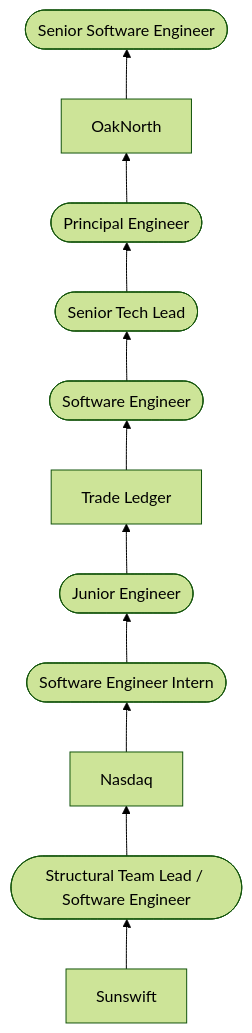
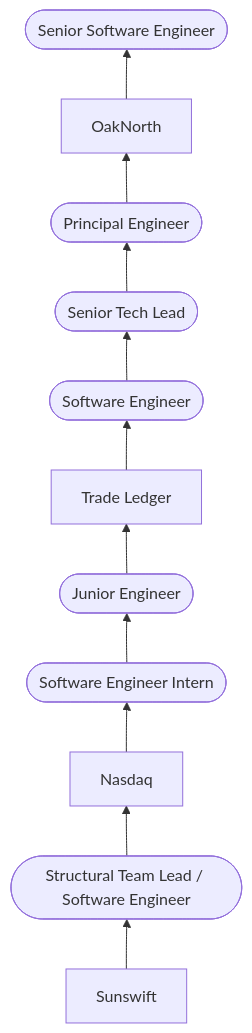
Before and after one commit to adamjoffe/adamjoffe.github.io: the diagram in _tabs/about.md, drawn with Mermaid. The commit also changed 2 other files, not shown here.

Commit message:
Added snippets

```diff
--- a/_tabs/about.md
+++ b/_tabs/about.md
@@ -20,29 +20,28 @@
 {% mermaid %}
-%%{init: {'theme':'forest'}}%%
 flowchart BT;
     Sunswift[Sunswift]
     SunswiftR1([Structural Team Lead / Software Engineer])
 
     Nasdaq[Nasdaq]
     NasdaqR1([Software Engineer Intern])
     NasdaqR2([Junior Engineer])
 
     TradeLedger[Trade Ledger]
     TradeLedgerR1([Software Engineer])
     TradeLedgerR2([Senior Tech Lead])
     TradeLedgerR3([Principal Engineer])
 
     OakNorth[OakNorth]
     OakNorthR1([Senior Software Engineer])
 
     Sunswift-->SunswiftR1
     SunswiftR1-->Nasdaq
     Nasdaq-->NasdaqR1
     NasdaqR1-->NasdaqR2
     NasdaqR2-->TradeLedger
     TradeLedger-->TradeLedgerR1
     TradeLedgerR1-->TradeLedgerR2
     TradeLedgerR2-->TradeLedgerR3
     TradeLedgerR3-->OakNorth
     OakNorth-->OakNorthR1
 {% endmermaid %}
```
